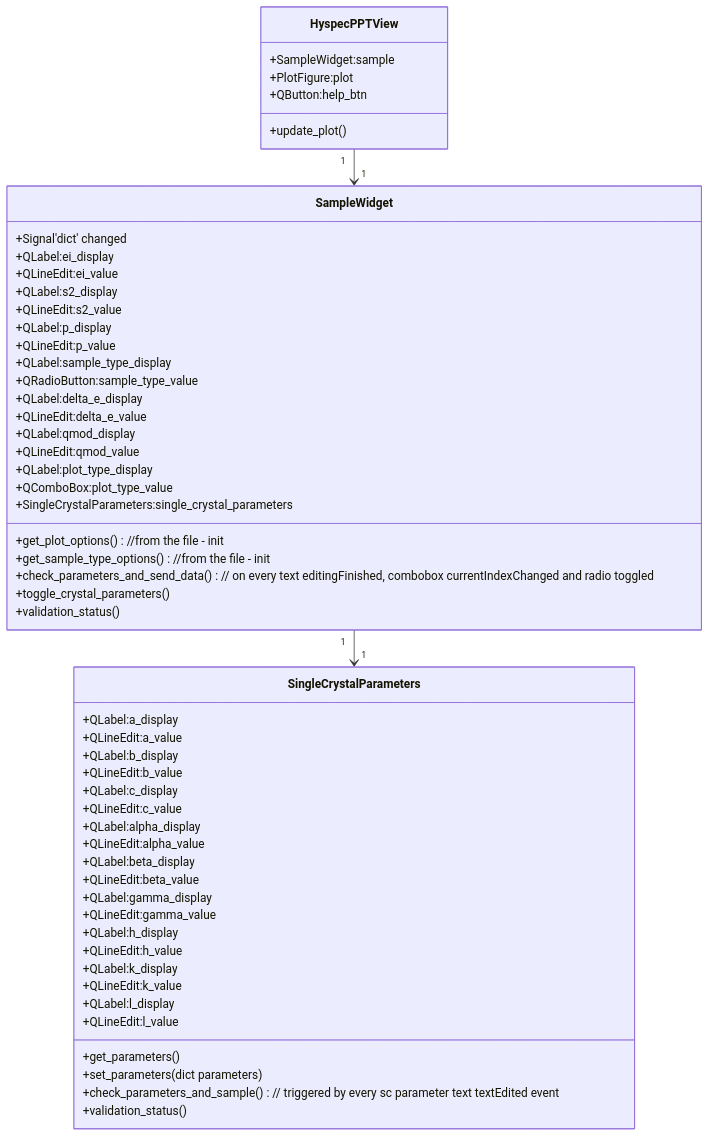
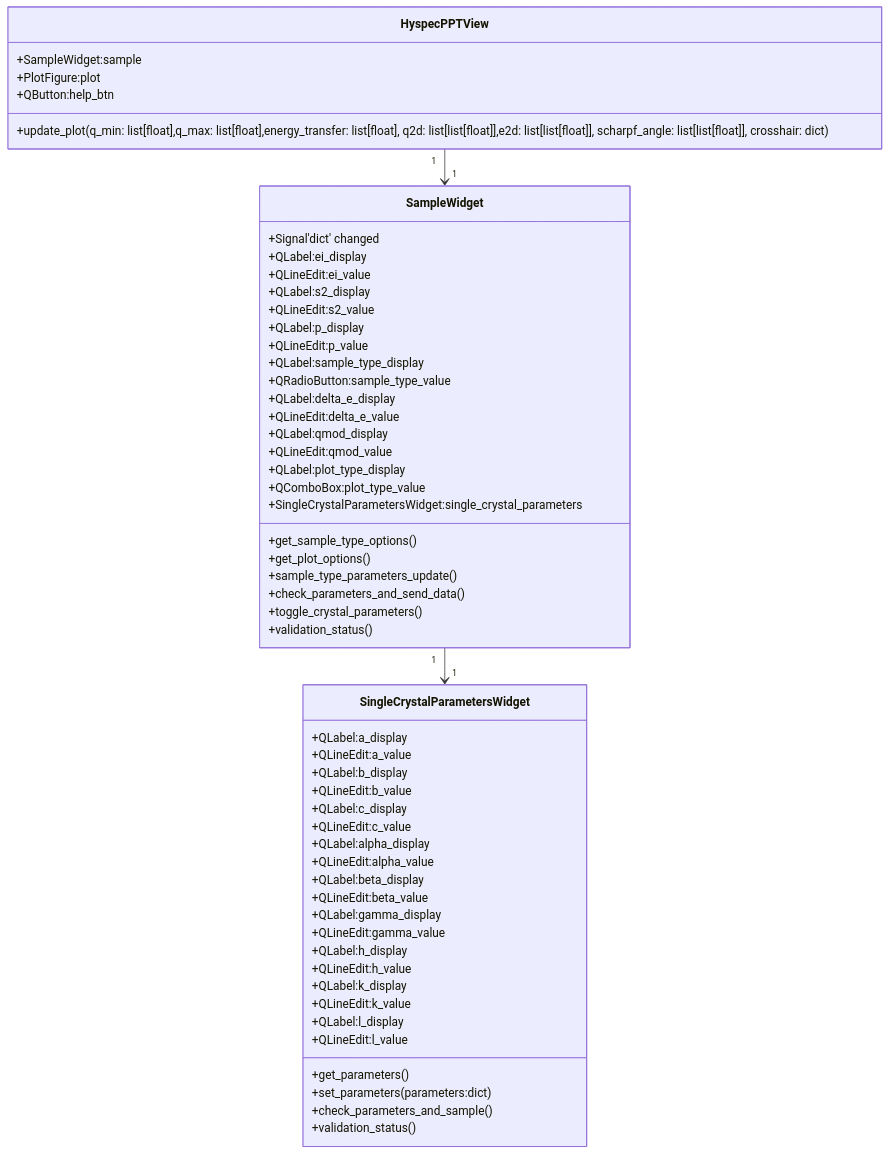
Before and after one commit to neutrons/hyspecppt: the second of 3 diagrams in docs/source/design/hyspecpptclasses.rst, drawn with Mermaid. The commit also changed other lines of this file and 1 other file, not shown here.

```diff
--- a/docs/source/design/hyspecpptclasses.rst
+++ b/docs/source/design/hyspecpptclasses.rst
@@ -282,61 +282,62 @@
 .. mermaid::
 
  classDiagram
     HyspecPPTView "1" -->"1" SampleWidget
-    SampleWidget "1" -->"1" SingleCrystalParameters
+    SampleWidget "1" -->"1" SingleCrystalParametersWidget
 
     class HyspecPPTView{
         +SampleWidget:sample
         +PlotFigure:plot
         +QButton:help_btn
-        +update_plot()
+        +update_plot(q_min: list[float],q_max: list[float],energy_transfer: list[float], q2d: list[list[float]],e2d: list[list[float]], scharpf_angle: list[list[float]], crosshair: dict)
     }
 
     class SampleWidget{
         +Signal'dict' changed
         +QLabel:ei_display
         +QLineEdit:ei_value
         +QLabel:s2_display
         +QLineEdit:s2_value
         +QLabel:p_display
         +QLineEdit:p_value
         +QLabel:sample_type_display
         +QRadioButton:sample_type_value
         +QLabel:delta_e_display
         +QLineEdit:delta_e_value
         +QLabel:qmod_display
         +QLineEdit:qmod_value
         +QLabel:plot_type_display
         +QComboBox:plot_type_value
-        +SingleCrystalParameters:single_crystal_parameters
-        +get_plot_options() //from the file - init
-        +get_sample_type_options() //from the file - init
-        +check_parameters_and_send_data() // on every text editingFinished, combobox currentIndexChanged and radio toggled
+        +SingleCrystalParametersWidget:single_crystal_parameters
+        +get_sample_type_options()
+        +get_plot_options()
+        +sample_type_parameters_update()
+        +check_parameters_and_send_data()
         +toggle_crystal_parameters()
         +validation_status()
     }
 
-    class SingleCrystalParameters{
+    class SingleCrystalParametersWidget{
         +QLabel:a_display
         +QLineEdit:a_value
         +QLabel:b_display
         +QLineEdit:b_value
         +QLabel:c_display
         +QLineEdit:c_value
         +QLabel:alpha_display
         +QLineEdit:alpha_value
         +QLabel:beta_display
         +QLineEdit:beta_value
         +QLabel:gamma_display
         +QLineEdit:gamma_value
         +QLabel:h_display
         +QLineEdit:h_value
         +QLabel:k_display
         +QLineEdit:k_value
         +QLabel:l_display
         +QLineEdit:l_value
         +get_parameters()
-        +set_parameters(dict parameters)
-        +check_parameters_and_sample() // triggered by every sc parameter text textEdited event
+        +set_parameters(parameters:dict)
+        +check_parameters_and_sample()
         +validation_status()
     }
```
